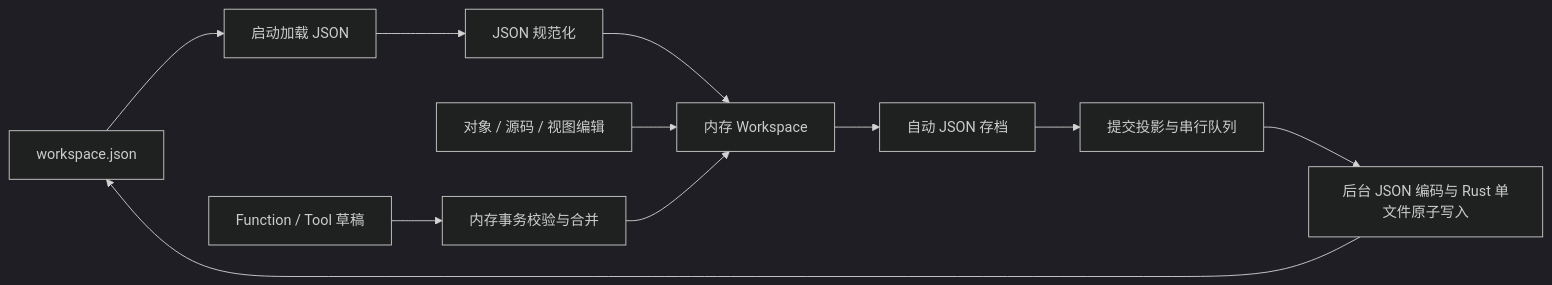
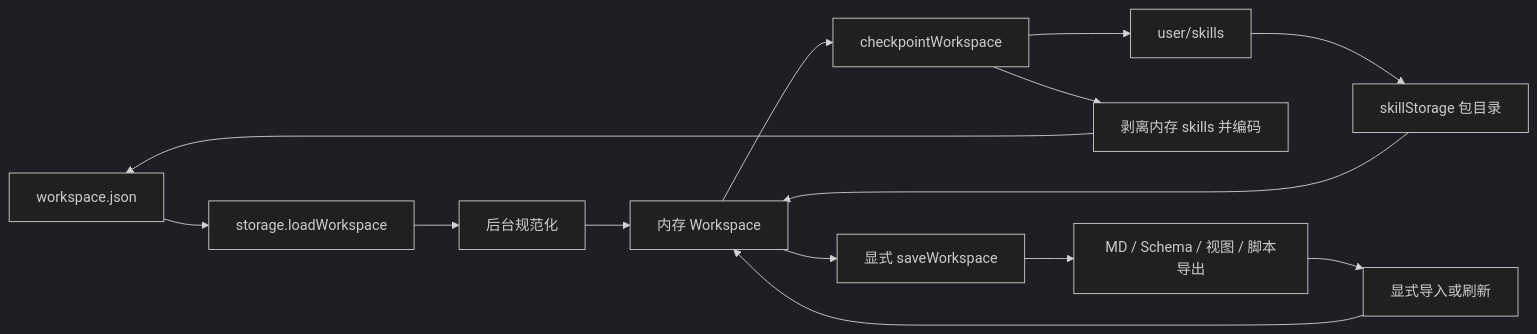
The diagram in docs/architecture.md (LS-XH/MyUniverse), drawn with Mermaid (dark theme) before and after one commit. The commit also changed other lines of this file and 189 other files, not shown here.

````diff
--- a/docs/architecture.md
+++ b/docs/architecture.md
@@ -26,13 +18,16 @@
-```mermaid
+~~~mermaid
 flowchart LR
-  Files[workspace.json] --> Load[启动加载 JSON]
-  Load --> Parse[JSON 规范化]
-  Parse --> State[内存 Workspace]
-  UI[对象 / 源码 / 视图编辑] --> State
-  Script[Function / Tool 草稿] --> Merge[内存事务校验与合并]
-  Merge --> State
-  State --> Save[自动 JSON 存档]
-  Save --> Queue[提交投影与串行队列]
-  Queue --> Rust[后台 JSON 编码与 Rust 单文件原子写入]
-  Rust --> Files
-```
+  JSON[workspace.json] --> Load[storage.loadWorkspace]
+  Load --> Normalize[后台规范化]
+  Packages[user/skills] --> Catalog[skillStorage 包目录]
+  Normalize --> State[内存 Workspace]
+  Catalog --> State
+  State --> Archive[checkpointWorkspace]
+  Archive --> Strip[剥离内存 skills 并编码]
+  Strip --> JSON
+  Archive --> Packages
+  State --> Export[显式 saveWorkspace]
+  Export --> Files[MD / Schema / 视图 / 脚本导出]
+  Files --> Import[显式导入或刷新]
+  Import --> State
+~~~
````
